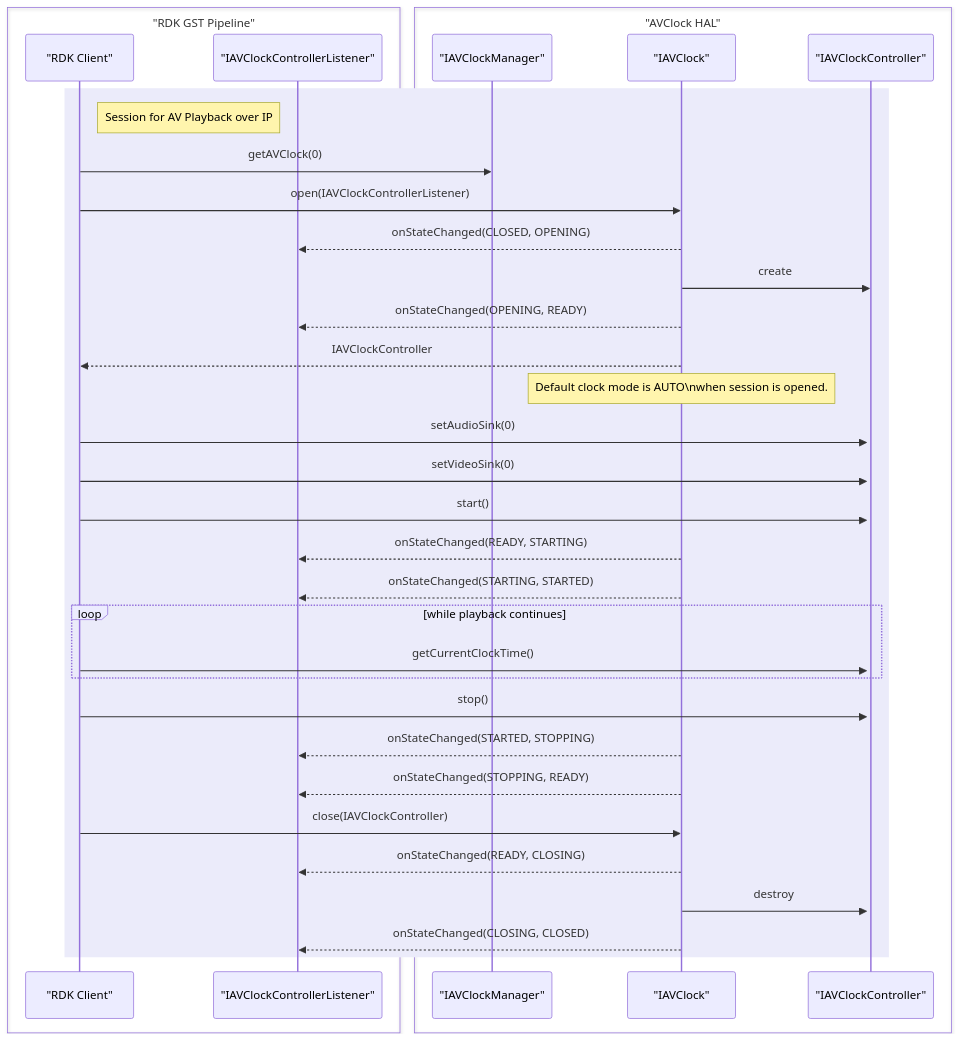
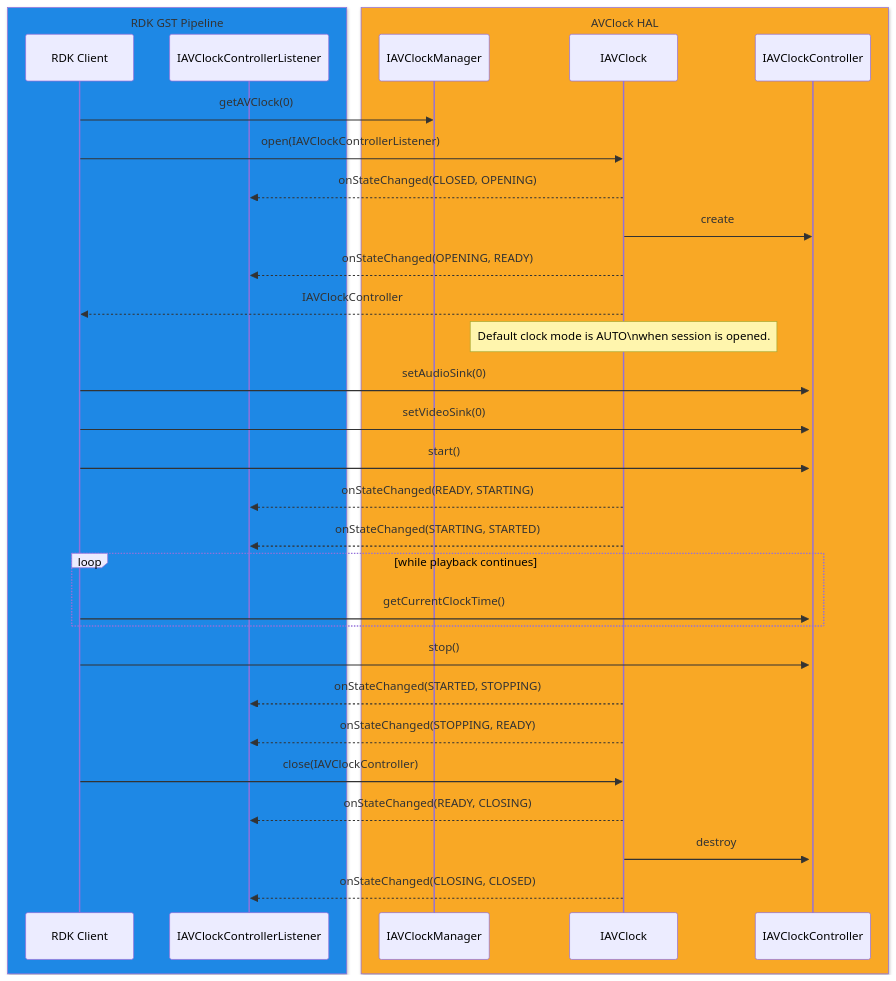
Before and after one commit to rdkcentral/rdk-halif-aidl: the fourth of 8 diagrams in docs/halif/av_clock/current/av_clock.md, drawn with Mermaid. The commit also changed other lines of this file and 27 other files, not shown here.

Commit message:
updated #19 audio, video, service manager, av, clock

````diff
--- a/docs/halif/av_clock/current/av_clock.md
+++ b/docs/halif/av_clock/current/av_clock.md
@@ -262,39 +376,36 @@
 ```mermaid
 sequenceDiagram
-    box "RDK GST Pipeline"
-      participant Client as "RDK Client"
-      participant Listener as "IAVClockControllerListener"
+    box rgb(30,136,229) RDK GST Pipeline
+      participant Client as RDK Client
+      participant Listener as IAVClockControllerListener
     end
-    box "AVClock HAL" #lightgreen
-      participant CLKMAN as "IAVClockManager"
-      participant CLK as "IAVClock"
-      participant CTRL as "IAVClockController"
+    box rgb(249,168,37) AVClock HAL
+      participant CLKMAN as IAVClockManager
+      participant CLK as IAVClock
+      participant CTRL as IAVClockController
     end
 
-    rect rgb(235, 235, 250)
-    note right of Client: Session for AV Playback over IP
-      Client->>CLKMAN: getAVClock(0)
-      Client->>CLK: open(IAVClockControllerListener)
-      CLK-->>Listener: onStateChanged(CLOSED, OPENING)
-      CLK->>CTRL: create
-      activate CTRL
-      CLK-->>Listener: onStateChanged(OPENING, READY)
-      CLK-->>Client: IAVClockController
-      note over CLK: Default clock mode is AUTO\nwhen session is opened.
-      Client->>CTRL: setAudioSink(0)
-      Client->>CTRL: setVideoSink(0)
-      Client->>CTRL: start()
-      CLK-->>Listener: onStateChanged(READY, STARTING)
-      CLK-->>Listener: onStateChanged(STARTING, STARTED)
-      loop while playback continues
-        Client->>CTRL: getCurrentClockTime()
-      end
-      Client->>CTRL: stop()
-      CLK-->>Listener: onStateChanged(STARTED, STOPPING)
-      CLK-->>Listener: onStateChanged(STOPPING, READY)
-      Client->>CLK: close(IAVClockController)
-      CLK-->>Listener: onStateChanged(READY, CLOSING)
-      CLK->>CTRL: destroy
-      CLK-->>Listener: onStateChanged(CLOSING, CLOSED)
+    Client->>CLKMAN: getAVClock(0)
+    Client->>CLK: open(IAVClockControllerListener)
+    CLK-->>Listener: onStateChanged(CLOSED, OPENING)
+    CLK->>CTRL: create
+    activate CTRL
+    CLK-->>Listener: onStateChanged(OPENING, READY)
+    CLK-->>Client: IAVClockController
+    note over CLK: Default clock mode is AUTO\nwhen session is opened.
+    Client->>CTRL: setAudioSink(0)
+    Client->>CTRL: setVideoSink(0)
+    Client->>CTRL: start()
+    CLK-->>Listener: onStateChanged(READY, STARTING)
+    CLK-->>Listener: onStateChanged(STARTING, STARTED)
+    loop while playback continues
+      Client->>CTRL: getCurrentClockTime()
     end
+    Client->>CTRL: stop()
+    CLK-->>Listener: onStateChanged(STARTED, STOPPING)
+    CLK-->>Listener: onStateChanged(STOPPING, READY)
+    Client->>CLK: close(IAVClockController)
+    CLK-->>Listener: onStateChanged(READY, CLOSING)
+    CLK->>CTRL: destroy
+    CLK-->>Listener: onStateChanged(CLOSING, CLOSED)
 ```
````
